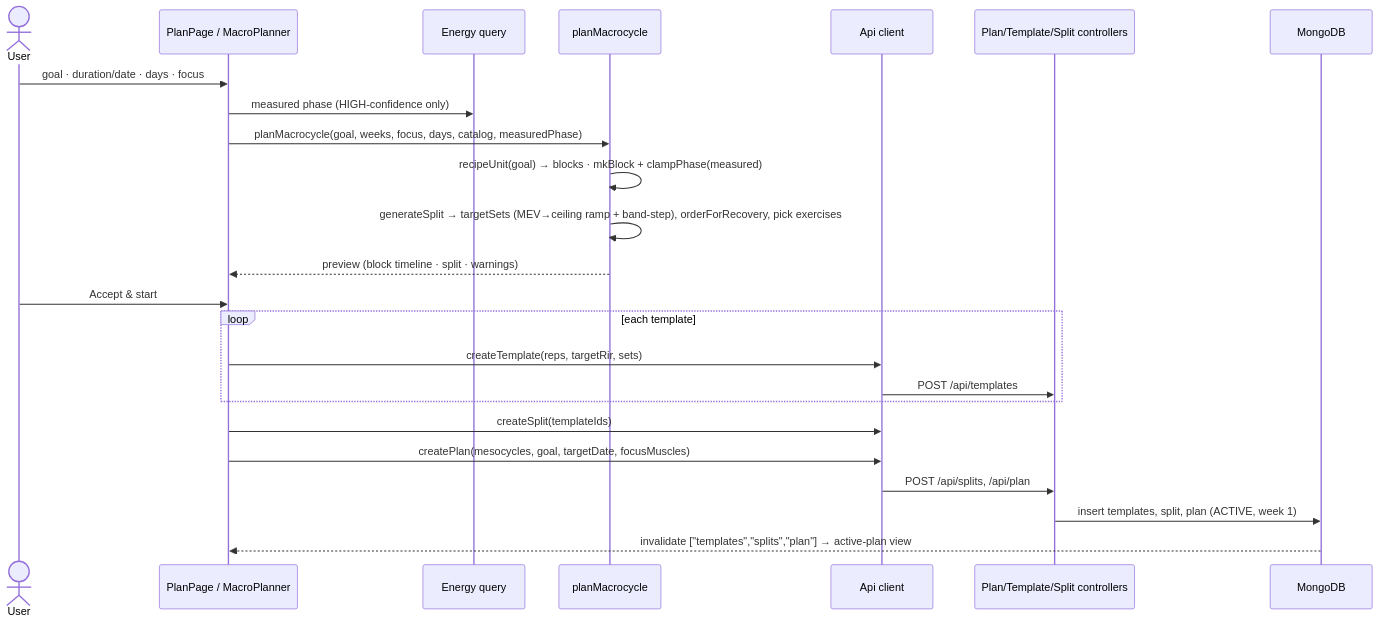
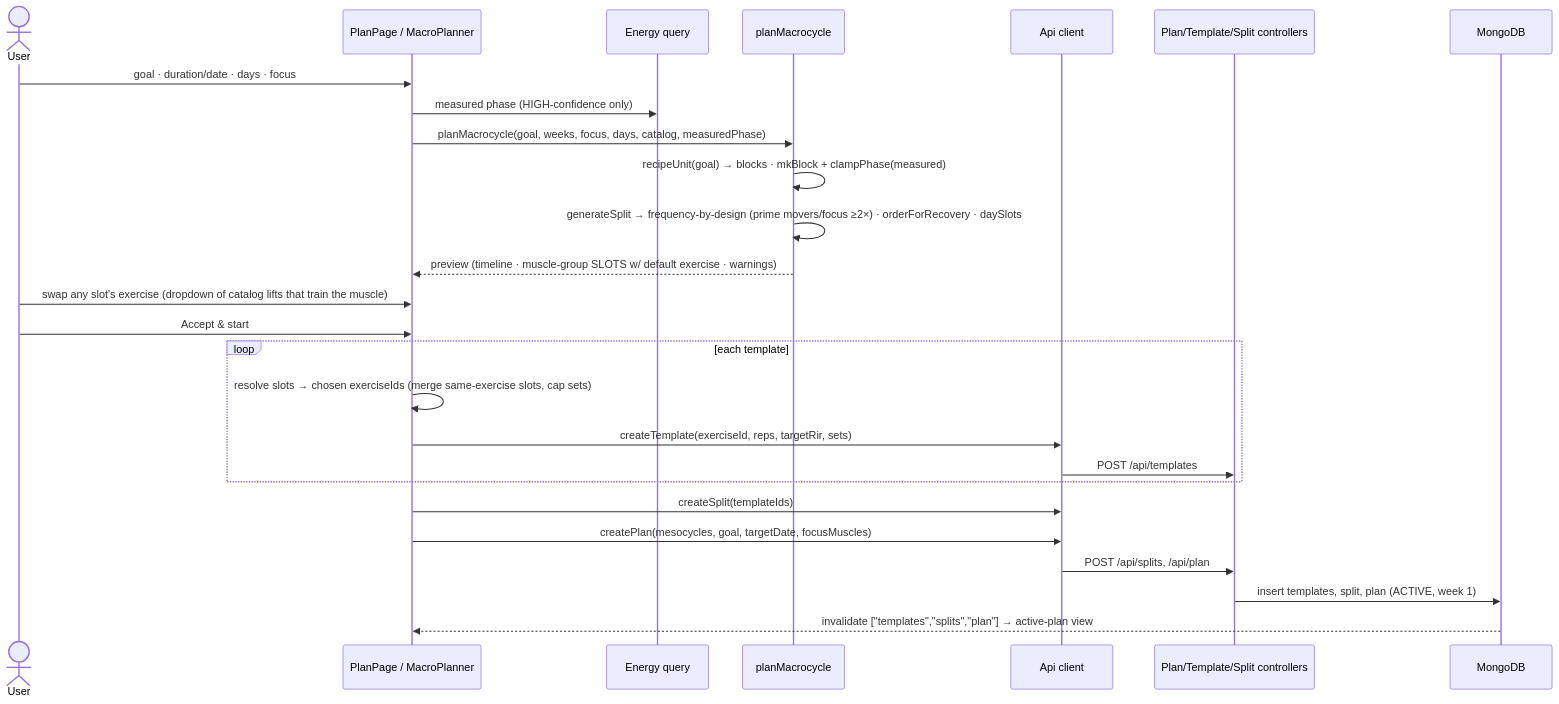
One commit to avishek-giftnote/workout-logger changed diagram 14 of 16 in DIAGRAMS.md. Above: the diagram before and after it, drawn with Mermaid. The commit also changed 12 other files, not shown here.

First line of the commit message:
Planner: muscle-group slots + frequency-by-design (#1)

````diff
--- a/DIAGRAMS.md
+++ b/DIAGRAMS.md
@@ -572,26 +572,28 @@
 ```mermaid
 sequenceDiagram
   actor U as User
   participant MP as PlanPage / MacroPlanner
   participant EC as Energy query
   participant PM as planMacrocycle
   participant API as Api client
   participant BE as Plan/Template/Split controllers
   participant DB as MongoDB
   U->>MP: goal · duration/date · days · focus
   MP->>EC: measured phase (HIGH-confidence only)
   MP->>PM: planMacrocycle(goal, weeks, focus, days, catalog, measuredPhase)
   PM->>PM: recipeUnit(goal) → blocks · mkBlock + clampPhase(measured)
-  PM->>PM: generateSplit → targetSets (MEV→ceiling ramp + band-step), orderForRecovery, pick exercises
-  PM-->>MP: preview (block timeline · split · warnings)
+  PM->>PM: generateSplit → frequency-by-design (prime movers/focus ≥2×) · orderForRecovery · daySlots
+  PM-->>MP: preview (timeline · muscle-group SLOTS w/ default exercise · warnings)
+  U->>MP: swap any slot's exercise (dropdown of catalog lifts that train the muscle)
   U->>MP: Accept & start
   loop each template
-    MP->>API: createTemplate(reps, targetRir, sets)
+    MP->>MP: resolve slots → chosen exerciseIds (merge same-exercise slots, cap sets)
+    MP->>API: createTemplate(exerciseId, reps, targetRir, sets)
     API->>BE: POST /api/templates
   end
   MP->>API: createSplit(templateIds)
   MP->>API: createPlan(mesocycles, goal, targetDate, focusMuscles)
   API->>BE: POST /api/splits, /api/plan
   BE->>DB: insert templates, split, plan (ACTIVE, week 1)
   DB-->>MP: invalidate ["templates","splits","plan"] → active-plan view
 ```
````
